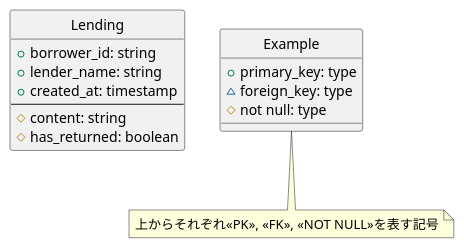
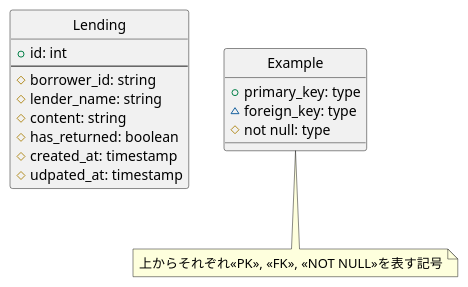
The diagram in document/er.puml (TOMOFUMI-KONDO/intern-line-bot), drawn with PlantUML before and after one commit.

Commit message:
Fixed Lending entity
ActiveRecordが標準でint方のidカラムをPKにするみたいだったので、その仕様に合わせてER図を修正した

```diff
--- a/document/er.puml
+++ b/document/er.puml
@@ -1,22 +1,24 @@
 @startuml
 
 hide circle
 skinparam inetype ortho
 
 entity Lending {
-    +borrower_id: string
-    +lender_name: string
-    +created_at: timestamp
+    +id: int
     --
+    #borrower_id: string
+    #lender_name: string
     #content: string
     #has_returned: boolean
+    #created_at: timestamp
+    #udpated_at: timestamp
 }
 
 entity Example {
     +primary_key: type
     ~foreign_key: type
     #not null: type
 }
 note bottom: 上からそれぞれ<<PK>>, <<FK>>, <<NOT NULL>>を表す記号
 
 @enduml
```
